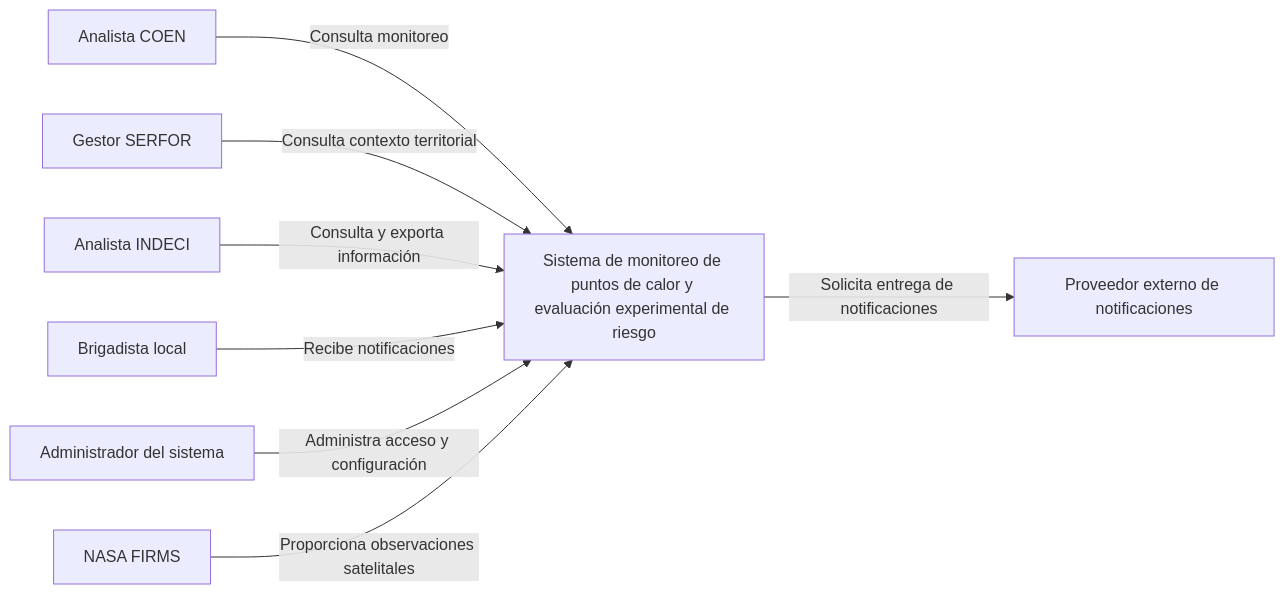
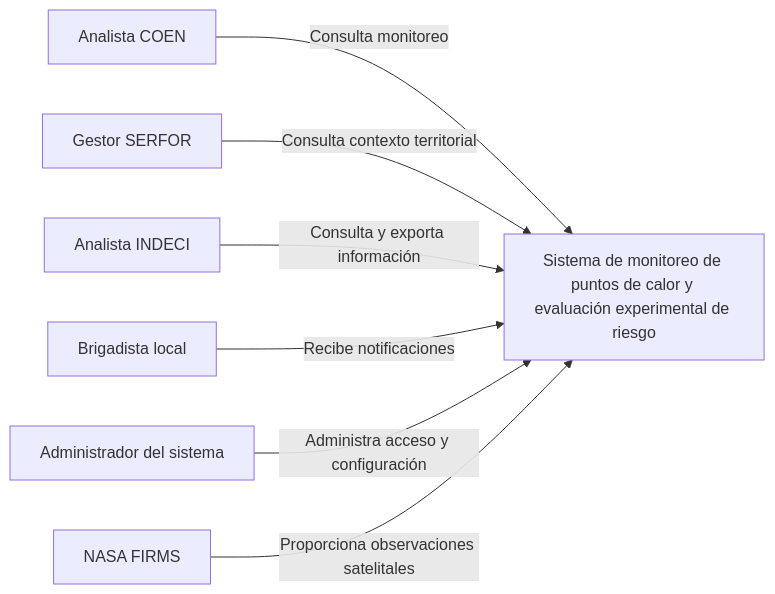
One commit to Maks04092002/Incendios-EDA-arquitSoft-MAKS changed the diagram in 04-modelo-c4/Nivel1-DiagramadeContextodelSistema.md. Above: the diagram before and after it, drawn with Mermaid. The commit also changed 7 other files, not shown here.

````diff
--- a/04-modelo-c4/Nivel1-DiagramadeContextodelSistema.md
+++ b/04-modelo-c4/Nivel1-DiagramadeContextodelSistema.md
@@ -6,19 +6,17 @@
 ```mermaid
 flowchart LR
     COEN["Analista COEN"]
     SERFOR["Gestor SERFOR"]
     INDECI["Analista INDECI"]
     Brigada["Brigadista local"]
     Admin["Administrador del sistema"]
     Sistema["Sistema de monitoreo de puntos de calor y evaluación experimental de riesgo"]
     FIRMS["NASA FIRMS"]
-    Notif["Proveedor externo de notificaciones"]
 
     COEN -->|Consulta monitoreo| Sistema
     SERFOR -->|Consulta contexto territorial| Sistema
     INDECI -->|Consulta y exporta información| Sistema
     Brigada -->|Recibe notificaciones| Sistema
     Admin -->|Administra acceso y configuración| Sistema
     FIRMS -->|Proporciona observaciones satelitales| Sistema
-    Sistema -->|Solicita entrega de notificaciones| Notif
 ```
````
